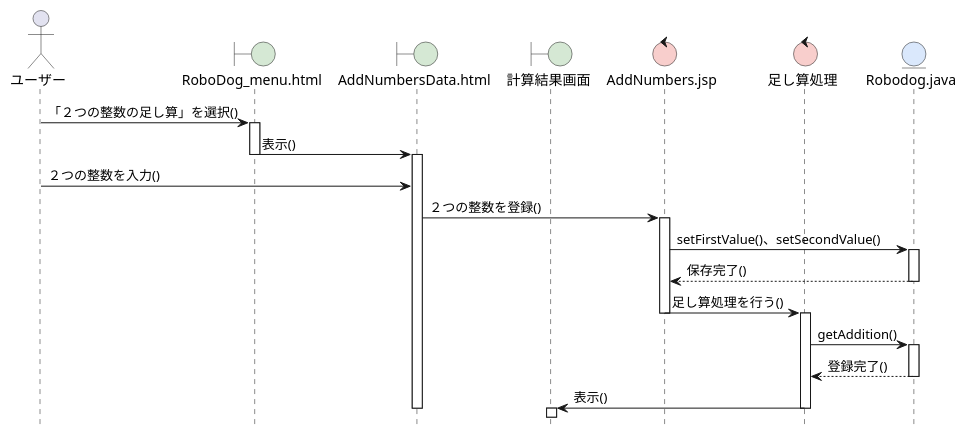
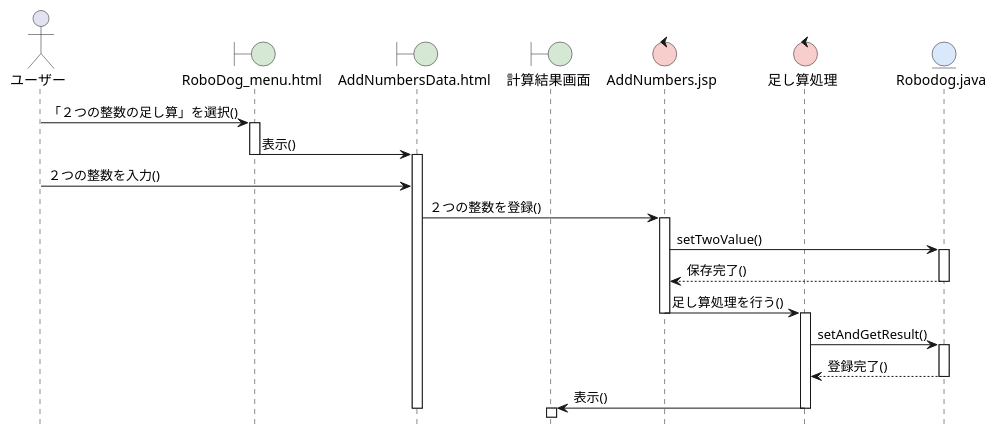
The diagram in 06_robo_dog/sequence_03_addition.pu (FujikawaHirono0520/ohara_uml), drawn with PlantUML before and after one commit. The commit also changed 2 other files, not shown here.

```diff
--- a/06_robo_dog/sequence_03_addition.pu
+++ b/06_robo_dog/sequence_03_addition.pu
@@ -1,44 +1,44 @@
 @startuml RoboDog-２つの整数の足し算シーケンス図
 hide footbox
 skinparam boundaryBackgroundColor #D5E8D4
 skinparam controlBackgroundColor  #F8CECC
 skinparam entityBackgroundColor   #DAE8FC
 
 actor ユーザー as A
 boundary "RoboDog_menu.html" as B1
 boundary "AddNumbersData.html" as B2
 boundary 計算結果画面 as B3
 control "AddNumbers.jsp" as C1
 control 足し算処理 as C2
 entity "Robodog.java" as E
 
 A -> B1: 「２つの整数の足し算」を選択()
 activate B1
 
 B1 -> B2: 表示()
 deactivate B1
 activate B2
 
 A -> B2: ２つの整数を入力()
 
 B2 -> C1: ２つの整数を登録()
 activate C1
-C1 -> E: setFirstValue()、setSecondValue()
+C1 -> E: setTwoValue()
 activate E
 E --> C1: 保存完了()
 deactivate E
 
 C1 -> C2: 足し算処理を行う()
 deactivate C1
 activate C2
-C2 -> E: getAddition()
+C2 -> E: setAndGetResult()
 activate E
 E --> C2: 登録完了()
 deactivate E
 
 C2 -> B3: 表示()
 deactivate C2
 deactivate B2
 activate B3
 
 @enduml
```
